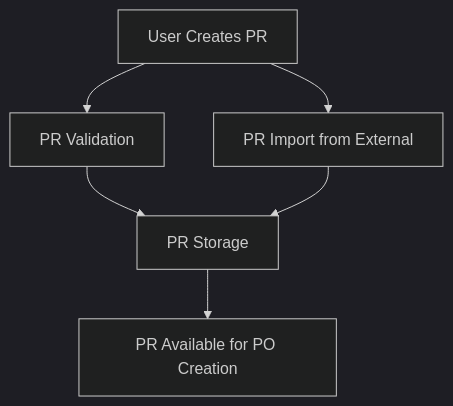
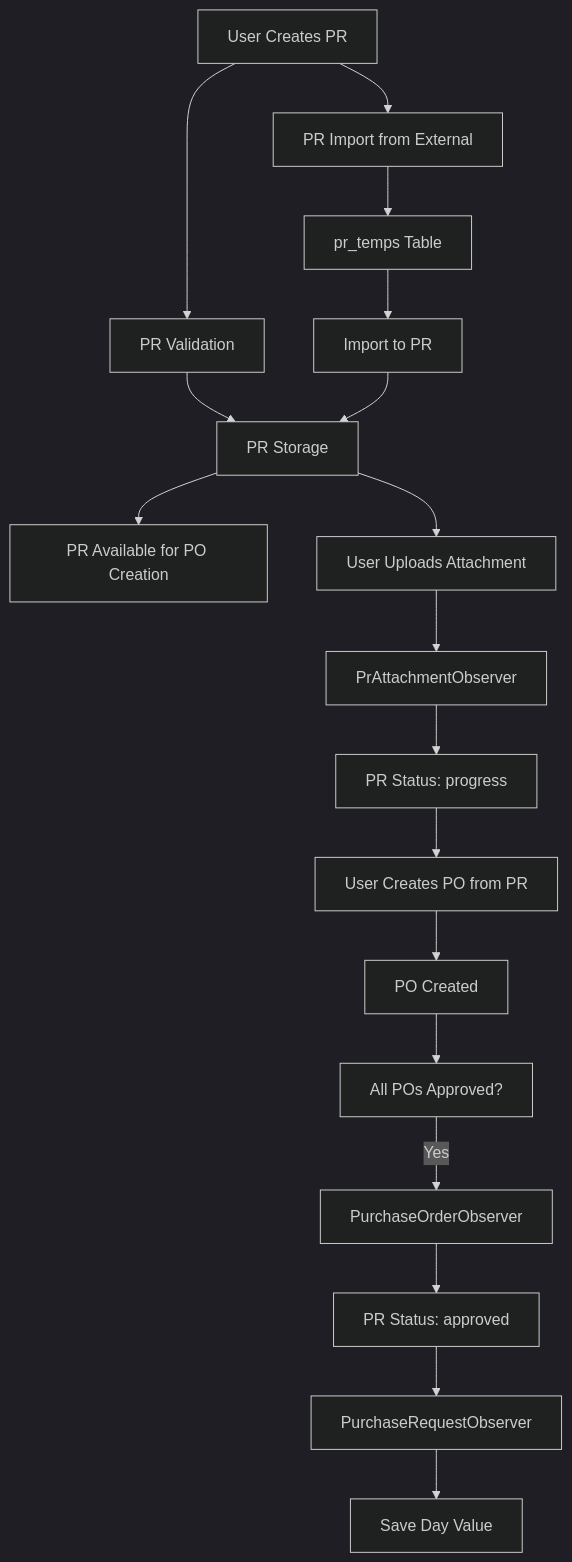
Before and after one commit to rachmanj/proc-app: the first of 5 diagrams in docs/architecture.md, drawn with Mermaid (dark theme). The commit also changed other lines of this file and 63 other files, not shown here.

First line of the commit message:
Update project documentation, enhance Purchase Order and Approval features, and implement reporting functionality

````diff
--- a/docs/architecture.md
+++ b/docs/architecture.md
@@ -183,8 +542,20 @@
 ```mermaid
 graph TD
     A[User Creates PR] --> B[PR Validation]
     B --> C[PR Storage]
     C --> D[PR Available for PO Creation]
     A --> E[PR Import from External]
-    E --> C
+    E --> F[pr_temps Table]
+    F --> G[Import to PR]
+    G --> C
+    C --> H[User Uploads Attachment]
+    H --> I[PrAttachmentObserver]
+    I --> J[PR Status: progress]
+    J --> K[User Creates PO from PR]
+    K --> L[PO Created]
+    L --> M[All POs Approved?]
+    M -->|Yes| N[PurchaseOrderObserver]
+    N --> O[PR Status: approved]
+    O --> P[PurchaseRequestObserver]
+    P --> Q[Save Day Value]
 ```
````
